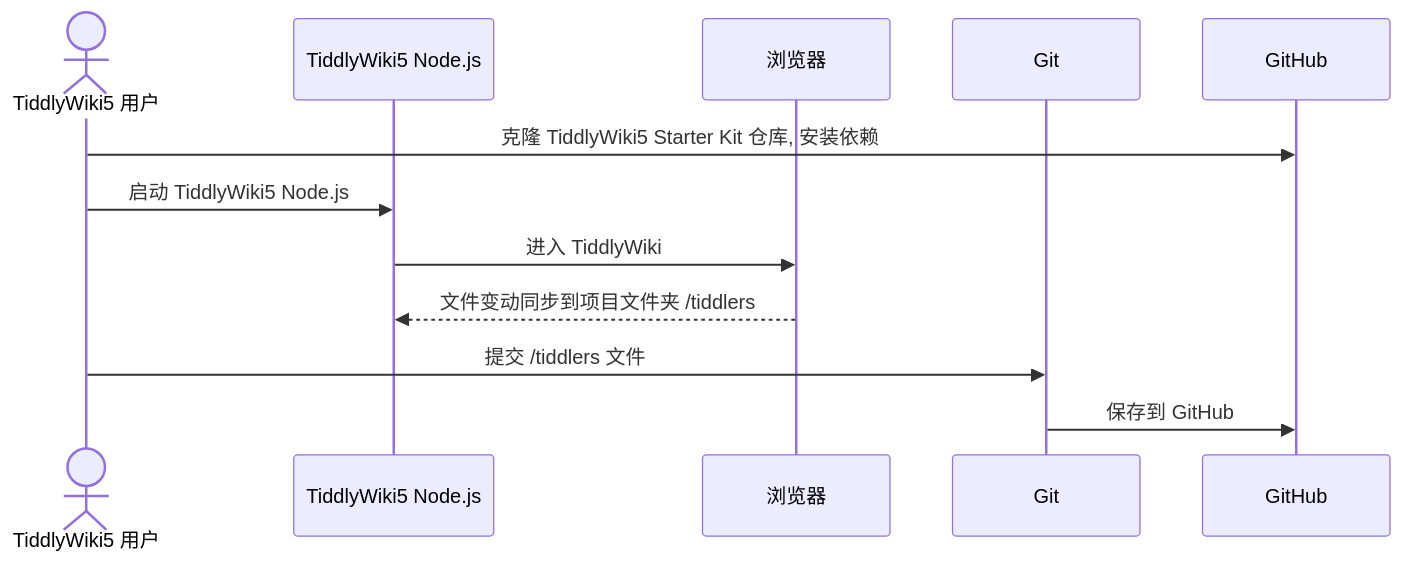
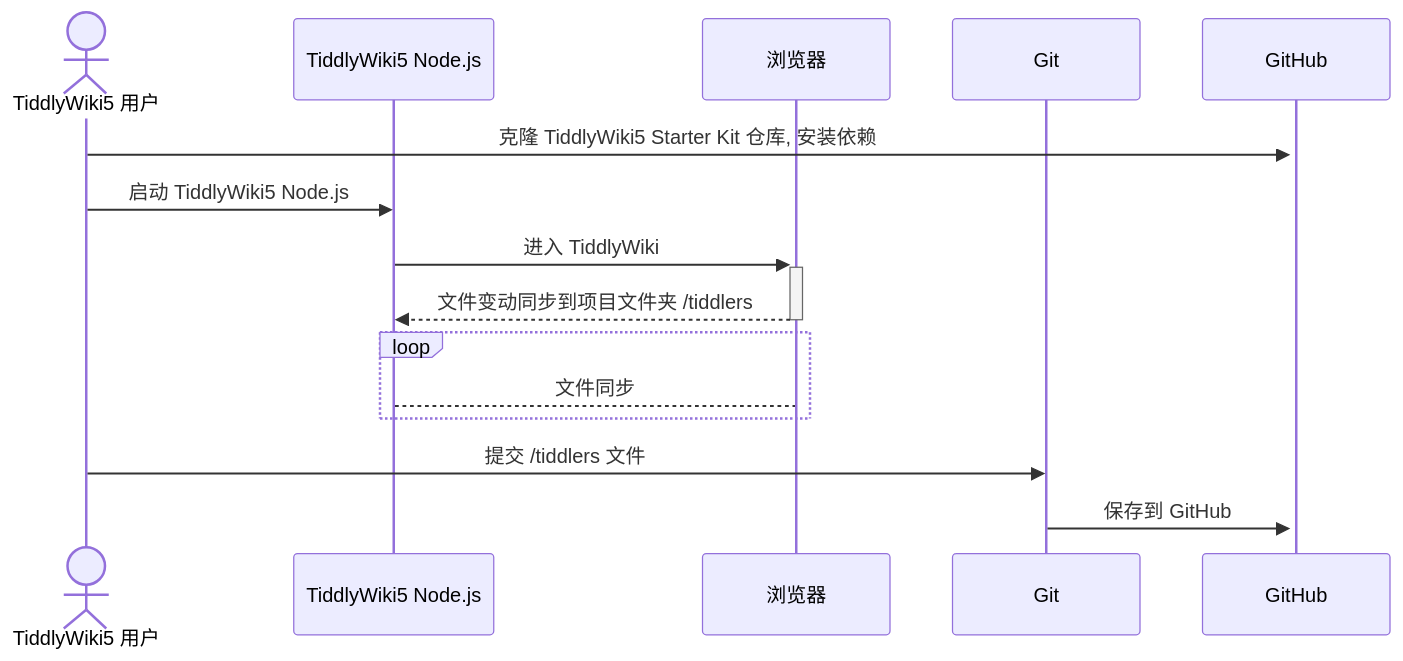
Before and after one commit to oeyoews/tiddlywiki-starter-kit: the second of 2 diagrams in README.md, drawn with Mermaid.

````diff
--- a/README.md
+++ b/README.md
@@ -41,15 +41,17 @@
 ```mermaid
 sequenceDiagram
     actor user as TiddlyWiki5 用户
     participant nodejs as TiddlyWiki5 Node.js
     participant website as 浏览器
     participant git as Git
     participant github as GitHub
-
-    user ->> github : 克隆 TiddlyWiki5 Starter Kit 仓库, 安装依赖
+    user ->>+ github : 克隆 TiddlyWiki5 Starter Kit 仓库, 安装依赖
     user ->> nodejs : 启动 TiddlyWiki5 Node.js
-    nodejs ->> website : 进入 TiddlyWiki
-    website -->> nodejs : 文件变动同步到项目文件夹 /tiddlers
+    nodejs ->>+ website : 进入 TiddlyWiki
+    website -->>- nodejs : 文件变动同步到项目文件夹 /tiddlers
+    loop
+		nodejs --> website:文件同步
+	end
     user ->> git : 提交 /tiddlers 文件
     git ->> github : 保存到 GitHub
 ```
````
